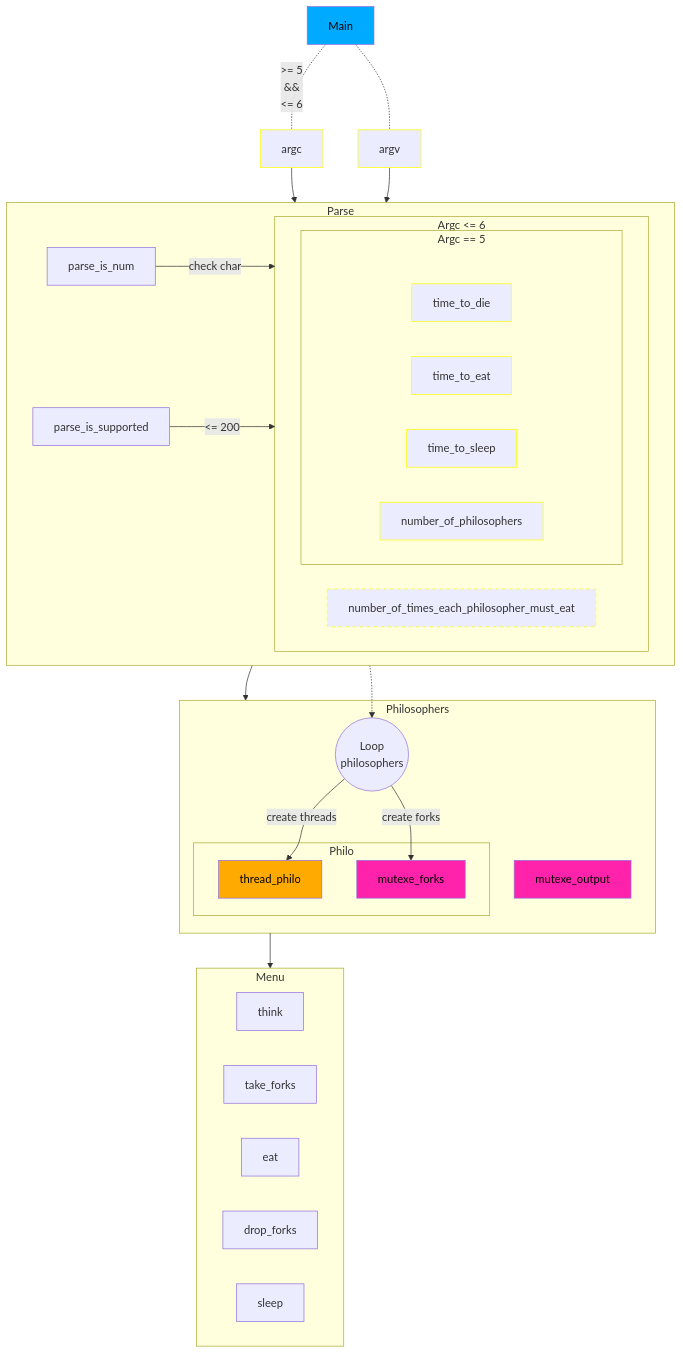
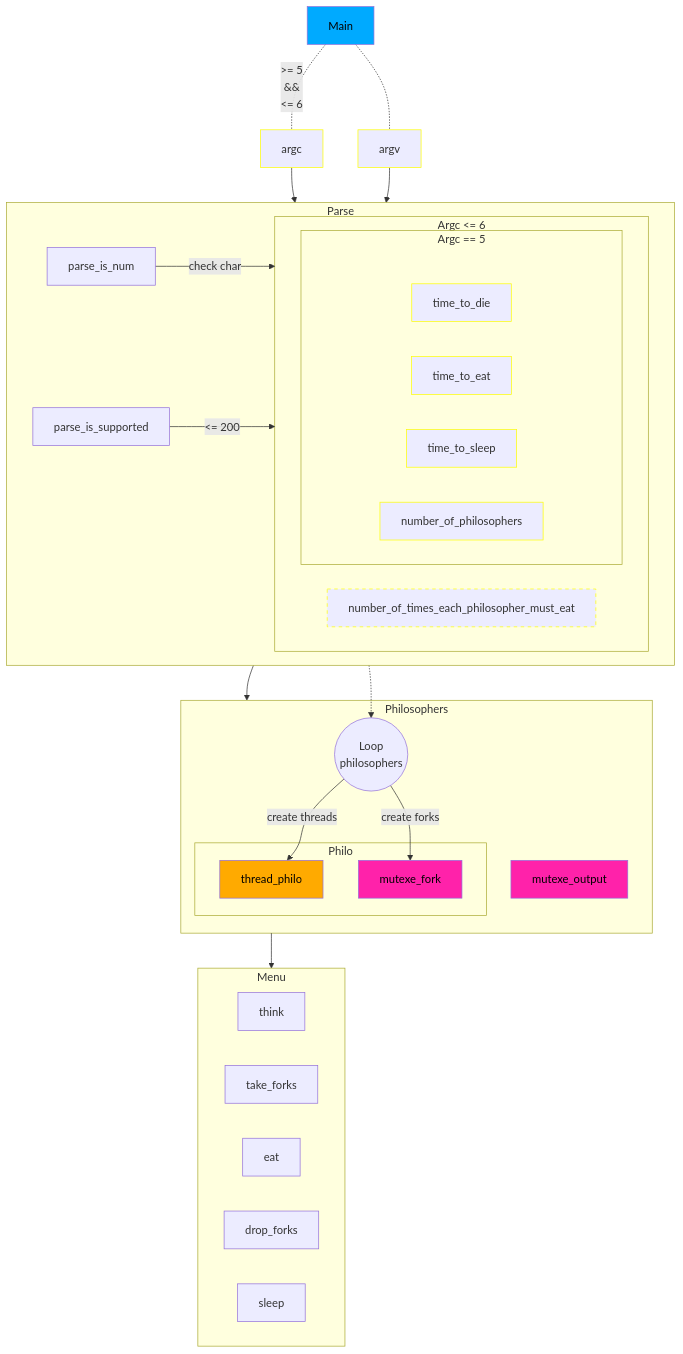
One commit to Tablerase/42_Projects changed the first of 3 diagrams in Projects/Philosophers/README.md. Above: the diagram before and after it, drawn with Mermaid.

Commit message:
update to philo

````diff
--- a/Projects/Philosophers/README.md
+++ b/Projects/Philosophers/README.md
@@ -94,50 +94,50 @@
 ```mermaid
 flowchart TD
   classDef data stroke:#ff0;
   classDef data_option stroke:#ff0,stroke-dasharray: 5, 5;
   classDef ressource fill:#2fa, color:#000;
   classDef process fill:#fa1, color:#000;
   classDef thread fill:#fa0, color:#000;
   classDef mutex fill:#f2a, color:#000;
   classDef protected fill:#2fa, stroke:#f2a, stroke-width:3px, color:#000;
   classDef important fill:#0af,color:#000;
 
   Main:::important
   Main -.- |">= 5\n&&\n<= 6"| argc:::data
   Main -.- argv:::data
   argv --> Parse
   argc --> Parse
   subgraph Parse
     direction LR
     parse_is_num --> |"check char"| args_5
     parse_is_supported -->|"<= 200 "| args_5
     subgraph args_5["Argc <= 6"]
       subgraph args_4["Argc == 5"]
         time_to_die:::data
         time_to_eat:::data
         time_to_sleep:::data
         number_of_philosophers:::data
       end
       number_of_times_each_philosopher_must_eat:::data_option
     end
   end
   Parse --> Philosophers
   subgraph Philosophers
     subgraph Philo
       thread_philo:::thread
-      mutexe_forks:::mutex
+      mutexe_fork:::mutex
     end
     number_of_philosophers -.-> loop_philo
     mutexe_output:::mutex
     loop_philo(("Loop\nphilosophers")) --> |"create threads"| thread_philo:::thread
-    loop_philo --> |"create forks"| mutexe_forks:::mutex
+    loop_philo --> |"create forks"| mutexe_fork:::mutex
   end
   Philosophers --> Menu
   subgraph Menu
     think
     take_forks
     eat
     drop_forks
     sleep
   end
 ```
````
